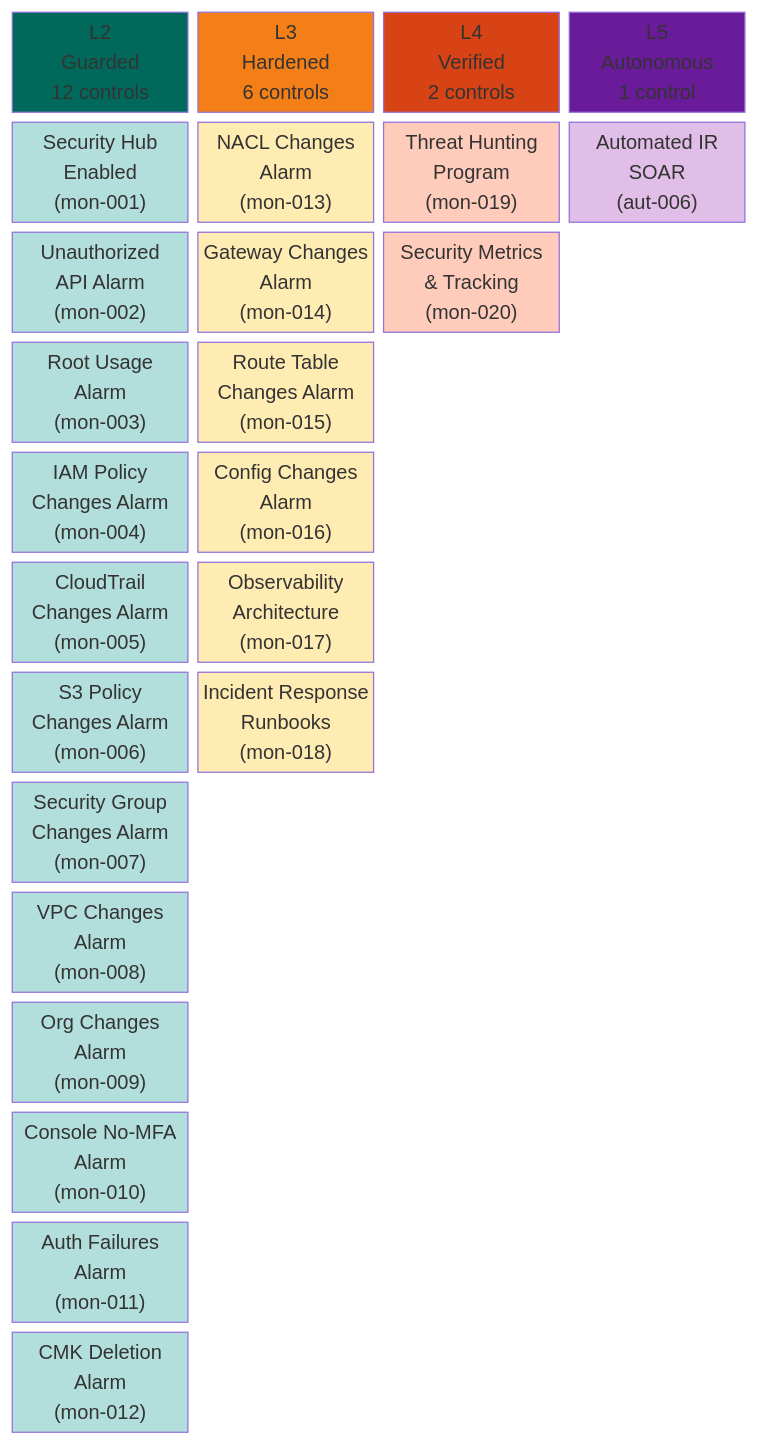
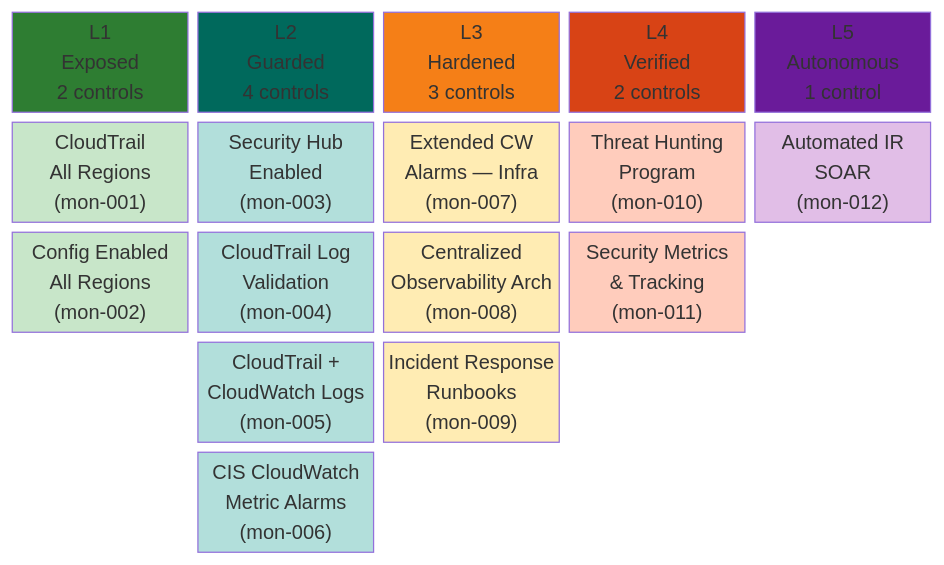
Before and after one commit to RemedySec/csmm: the first of 2 diagrams in docs/monitoring-pillar.md, drawn with Mermaid. The commit also changed other lines of this file and 157 other files, not shown here.

````diff
--- a/docs/monitoring-pillar.md
+++ b/docs/monitoring-pillar.md
@@ -9,60 +9,37 @@
 ```mermaid
 block-beta
-  columns 4
+  columns 5
 
-  H2["L2\nGuarded\n12 controls"]:1 H3["L3\nHardened\n6 controls"]:1 H4["L4\nVerified\n2 controls"]:1 H5["L5\nAutonomous\n1 control"]:1
+  H1["L1\nExposed\n2 controls"]:1 H2["L2\nGuarded\n4 controls"]:1 H3["L3\nHardened\n3 controls"]:1 H4["L4\nVerified\n2 controls"]:1 H5["L5\nAutonomous\n1 control"]:1
 
-  A2["Security Hub\nEnabled\n(mon-001)"]:1 A3["NACL Changes\nAlarm\n(mon-013)"]:1 A4["Threat Hunting\nProgram\n(mon-019)"]:1 A5["Automated IR\nSOAR\n(aut-006)"]:1
+  A1["CloudTrail\nAll Regions\n(mon-001)"]:1 A2["Security Hub\nEnabled\n(mon-003)"]:1 A3["Extended CW\nAlarms — Infra\n(mon-007)"]:1 A4["Threat Hunting\nProgram\n(mon-010)"]:1 A5["Automated IR\nSOAR\n(mon-012)"]:1
 
-  B2["Unauthorized\nAPI Alarm\n(mon-002)"]:1 B3["Gateway Changes\nAlarm\n(mon-014)"]:1 B4["Security Metrics\n& Tracking\n(mon-020)"]:1 space:1
+  B1["Config Enabled\nAll Regions\n(mon-002)"]:1 B2["CloudTrail Log\nValidation\n(mon-004)"]:1 B3["Centralized\nObservability Arch\n(mon-008)"]:1 B4["Security Metrics\n& Tracking\n(mon-011)"]:1 space:1
 
-  C2["Root Usage\nAlarm\n(mon-003)"]:1 C3["Route Table\nChanges Alarm\n(mon-015)"]:1 space:1 space:1
+  space:1 C2["CloudTrail +\nCloudWatch Logs\n(mon-005)"]:1 C3["Incident Response\nRunbooks\n(mon-009)"]:1 space:1 space:1
 
-  D2["IAM Policy\nChanges Alarm\n(mon-004)"]:1 D3["Config Changes\nAlarm\n(mon-016)"]:1 space:1 space:1
+  space:1 D2["CIS CloudWatch\nMetric Alarms\n(mon-006)"]:1 space:1 space:1 space:1
 
-  E2["CloudTrail\nChanges Alarm\n(mon-005)"]:1 E3["Observability\nArchitecture\n(mon-017)"]:1 space:1 space:1
-
-  F2["S3 Policy\nChanges Alarm\n(mon-006)"]:1 F3["Incident Response\nRunbooks\n(mon-018)"]:1 space:1 space:1
-
-  G2["Security Group\nChanges Alarm\n(mon-007)"]:1 space:1 space:1 space:1
-
-  I2["VPC Changes\nAlarm\n(mon-008)"]:1 space:1 space:1 space:1
-
-  J2["Org Changes\nAlarm\n(mon-009)"]:1 space:1 space:1 space:1
-
-  K2["Console No-MFA\nAlarm\n(mon-010)"]:1 space:1 space:1 space:1
-
-  L2["Auth Failures\nAlarm\n(mon-011)"]:1 space:1 space:1 space:1
-
-  M2["CMK Deletion\nAlarm\n(mon-012)"]:1 space:1 space:1 space:1
-
+  style H1 fill:#2e7d32,color:#fff
   style H2 fill:#00695c,color:#fff
   style H3 fill:#f57f17,color:#fff
   style H4 fill:#d84315,color:#fff
   style H5 fill:#6a1b9a,color:#fff
 
+  style A1 fill:#c8e6c9,color:#1b5e20
+  style B1 fill:#c8e6c9,color:#1b5e20
+
   style A2 fill:#b2dfdb,color:#004d40
   style B2 fill:#b2dfdb,color:#004d40
   style C2 fill:#b2dfdb,color:#004d40
   style D2 fill:#b2dfdb,color:#004d40
-  style E2 fill:#b2dfdb,color:#004d40
-  style F2 fill:#b2dfdb,color:#004d40
-  style G2 fill:#b2dfdb,color:#004d40
-  style I2 fill:#b2dfdb,color:#004d40
-  style J2 fill:#b2dfdb,color:#004d40
-  style K2 fill:#b2dfdb,color:#004d40
-  style L2 fill:#b2dfdb,color:#004d40
-  style M2 fill:#b2dfdb,color:#004d40
 
   style A3 fill:#ffecb3,color:#e65100
   style B3 fill:#ffecb3,color:#e65100
   style C3 fill:#ffecb3,color:#e65100
-  style D3 fill:#ffecb3,color:#e65100
-  style E3 fill:#ffecb3,color:#e65100
-  style F3 fill:#ffecb3,color:#e65100
 
   style A4 fill:#ffccbc,color:#bf360c
   style B4 fill:#ffccbc,color:#bf360c
 
   style A5 fill:#e1bee7,color:#4a148c
 ```
````
